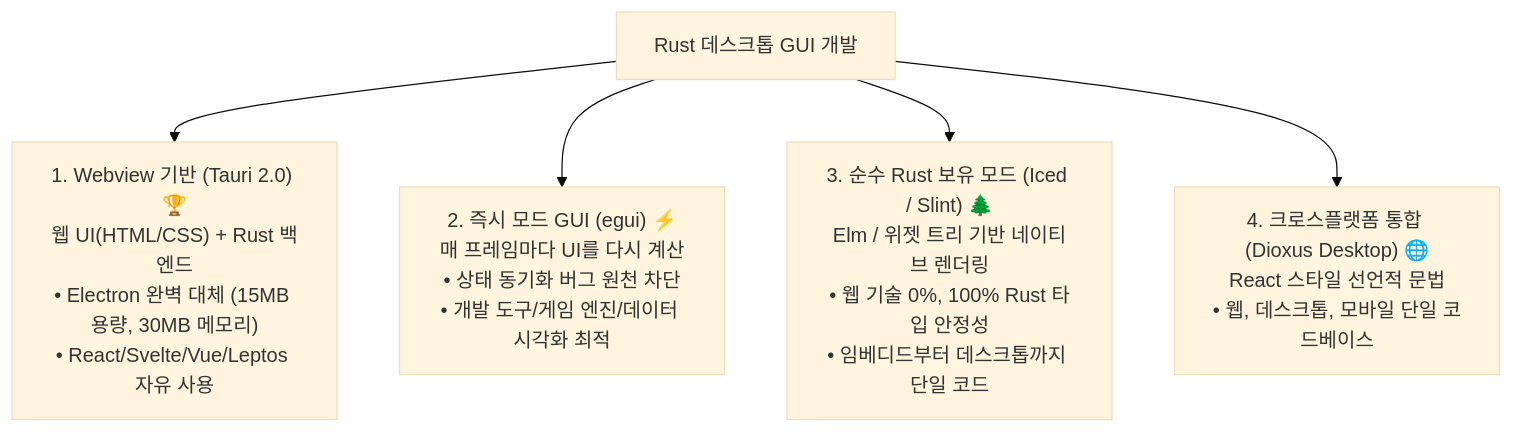
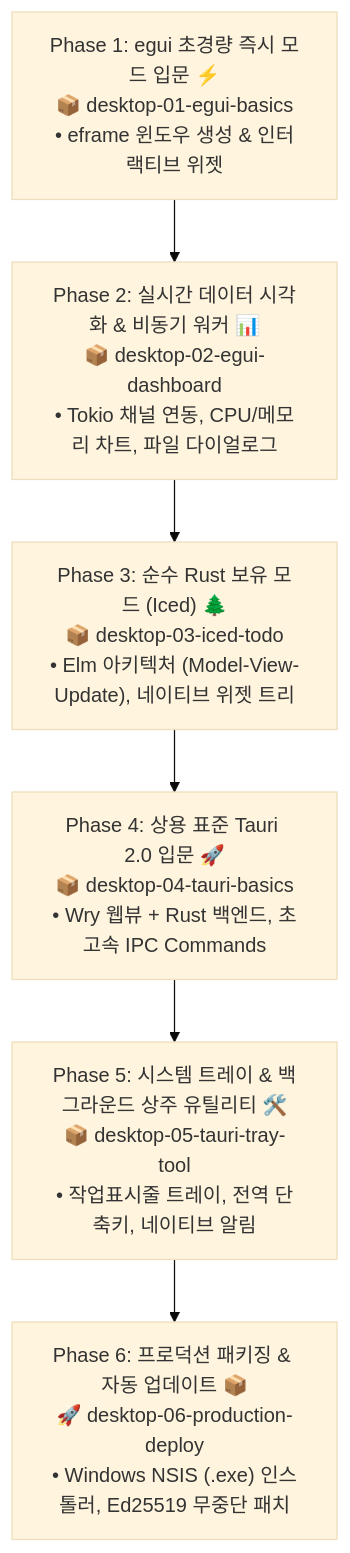
One commit to space-cap/rust-sandbox changed the diagram in docs/desktop/desktop_learning_plan.md. Above: the diagram before and after it, drawn with Mermaid (base theme). The commit also changed other lines of this file and 5 other files, not shown here.

Commit message:
문서보강: 데스크톱 GUI 단계별(Phase 1~6) 실습 프로젝트 로드맵 구축 (desktop_learning_plan.md)

````diff
--- a/docs/desktop/desktop_learning_plan.md
+++ b/docs/desktop/desktop_learning_plan.md
@@ -12,12 +21,12 @@
 ```mermaid
 flowchart TD
-    Desktop["Rust 데스크톱 GUI 개발"]
+    D1["Phase 1: egui 초경량 즉시 모드 입문 ⚡<br/>📦 desktop-01-egui-basics<br/>• eframe 윈도우 생성 & 인터랙티브 위젯"] --> D2["Phase 2: 실시간 데이터 시각화 & 비동기 워커 📊<br/>📦 desktop-02-egui-dashboard<br/>• Tokio 채널 연동, CPU/메모리 차트, 파일 다이얼로그"]
     
-    Desktop --> P1["1. Webview 기반 (Tauri 2.0) 🏆<br/>웹 UI(HTML/CSS) + Rust 백엔드<br/>• Electron 완벽 대체 (15MB 용량, 30MB 메모리)<br/>• React/Svelte/Vue/Leptos 자유 사용"]
+    D2 --> D3["Phase 3: 순수 Rust 보유 모드 (Iced) 🌲<br/>📦 desktop-03-iced-todo<br/>• Elm 아키텍처 (Model-View-Update), 네이티브 위젯 트리"]
     
-    Desktop --> P2["2. 즉시 모드 GUI (egui) ⚡<br/>매 프레임마다 UI를 다시 계산<br/>• 상태 동기화 버그 원천 차단<br/>• 개발 도구/게임 엔진/데이터 시각화 최적"]
+    D3 --> D4["Phase 4: 상용 표준 Tauri 2.0 입문 🚀<br/>📦 desktop-04-tauri-basics<br/>• Wry 웹뷰 + Rust 백엔드, 초고속 IPC Commands"]
     
-    Desktop --> P3["3. 순수 Rust 보유 모드 (Iced / Slint) 🌲<br/>Elm / 위젯 트리 기반 네이티브 렌더링<br/>• 웹 기술 0%, 100% Rust 타입 안정성<br/>• 임베디드부터 데스크톱까지 단일 코드"]
+    D4 --> D5["Phase 5: 시스템 트레이 & 백그라운드 상주 유틸리티 🛠️<br/>📦 desktop-05-tauri-tray-tool<br/>• 작업표시줄 트레이, 전역 단축키, 네이티브 알림"]
     
-    Desktop --> P4["4. 크로스플랫폼 통합 (Dioxus Desktop) 🌐<br/>React 스타일 선언적 문법<br/>• 웹, 데스크톱, 모바일 단일 코드베이스"]
+    D5 --> D6["Phase 6: 프로덕션 패키징 & 자동 업데이트 📦<br/>🚀 desktop-06-production-deploy<br/>• Windows NSIS (.exe) 인스톨러, Ed25519 무중단 패치"]
 ```
````
